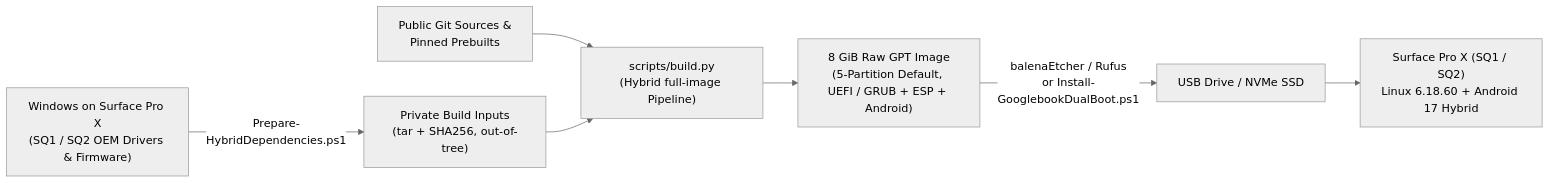
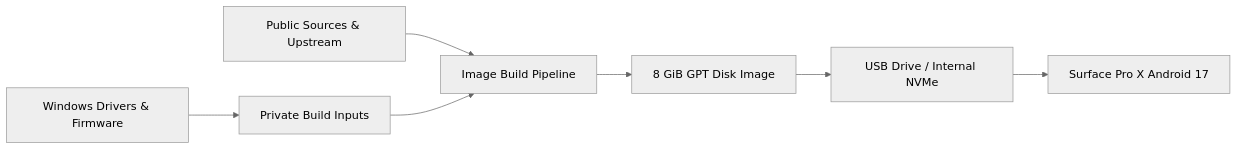
One commit to lhf1a/googlebookos_surface_pro_x changed the diagram in README.md. Above: the diagram before and after it, drawn with Mermaid (neutral theme). The commit also changed other lines of this file and 34 other files, not shown here.

````diff
--- a/README.md
+++ b/README.md
@@ -57,9 +51,9 @@
 ```mermaid
 flowchart LR
-    A["Windows on Surface Pro X<br/>(SQ1 / SQ2 OEM Drivers & Firmware)"] -->|Prepare-HybridDependencies.ps1| B["Private Build Inputs<br/>(tar + SHA256, out-of-tree)"]
-    C["Public Git Sources &<br/>Pinned Prebuilts"] --> D["scripts/build.py<br/>(Hybrid full-image Pipeline)"]
+    A["Windows Drivers & Firmware"] --> B["Private Build Inputs"]
+    C["Public Sources & Upstream"] --> D["Image Build Pipeline"]
     B --> D
-    D --> E["8 GiB Raw GPT Image<br/>(5-Partition Default, UEFI / GRUB + ESP + Android)"]
-    E -->|balenaEtcher / Rufus<br/>or Install-GooglebookDualBoot.ps1| F["USB Drive / NVMe SSD"]
-    F --> G["Surface Pro X (SQ1 / SQ2)<br/>Linux 6.18.60 + Android 17 Hybrid"]
+    D --> E["8 GiB GPT Disk Image"]
+    E --> F["USB Drive / Internal NVMe"]
+    F --> G["Surface Pro X Android 17"]
 ```
````
